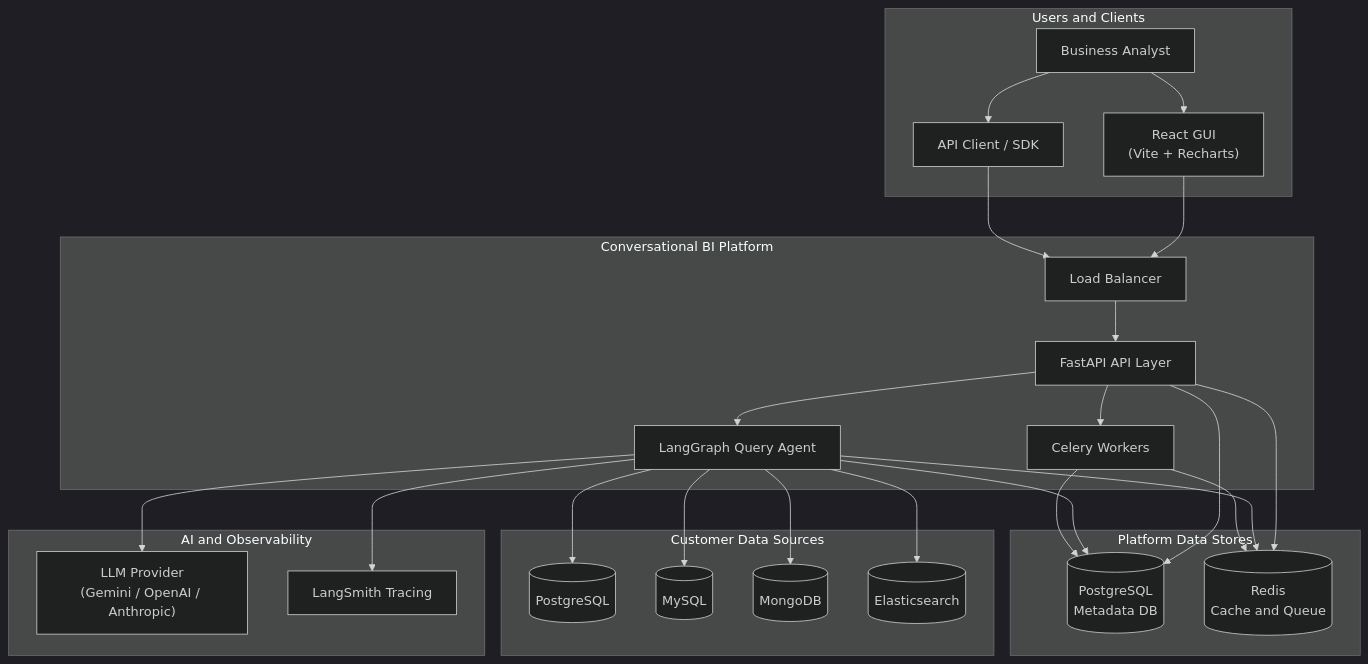
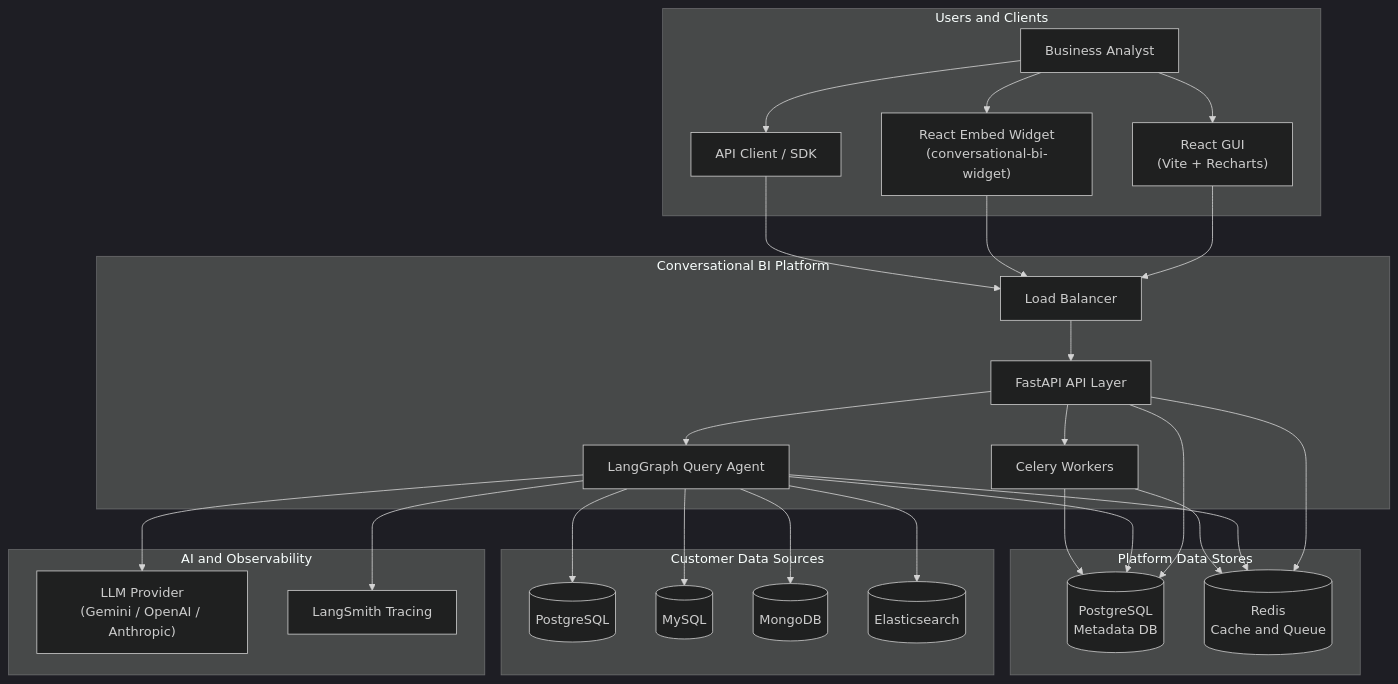
The first of 9 diagrams in docs/architecture.md (Gaurav24011989/conversational-bi), drawn with Mermaid (dark theme) before and after one commit. The commit also changed other lines of this file and 21 other files, not shown here.

First line of the commit message:
Add embeddable React widget for third-party app integration (#6)

````diff
--- a/docs/architecture.md
+++ b/docs/architecture.md
@@ -11,56 +11,59 @@
 ```mermaid
 flowchart TB
   subgraph users [Users and Clients]
     Analyst[Business Analyst]
     ReactGUI["React GUI\n(Vite + Recharts)"]
+    ReactWidget["React Embed Widget\n(conversational-bi-widget)"]
     APIClient[API Client / SDK]
   end
 
   subgraph platform [Conversational BI Platform]
     LB[Load Balancer]
     API[FastAPI API Layer]
     Agent[LangGraph Query Agent]
     Workers[Celery Workers]
   end
 
   subgraph intelligence [AI and Observability]
     LLM["LLM Provider\n(Gemini / OpenAI / Anthropic)"]
     LangSmith[LangSmith Tracing]
   end
 
   subgraph platformData [Platform Data Stores]
     MetaDB[(PostgreSQL\nMetadata DB)]
     Redis[(Redis\nCache and Queue)]
   end
 
   subgraph customerData [Customer Data Sources]
   PG[(PostgreSQL)]
   MySQL[(MySQL)]
   Mongo[(MongoDB)]
   ES[(Elasticsearch)]
   end
 
   Analyst --> ReactGUI
+  Analyst --> ReactWidget
   Analyst --> APIClient
   ReactGUI --> LB
+  ReactWidget --> LB
   APIClient --> LB
   LB --> API
 
   API --> Agent
   API --> Workers
   API --> MetaDB
   API --> Redis
 
   Agent --> LLM
   Agent --> LangSmith
   Agent --> Redis
   Agent --> MetaDB
 
   Workers --> MetaDB
   Workers --> Redis
 
   Agent --> PG
   Agent --> MySQL
   Agent --> Mongo
   Agent --> ES
 ```
````
